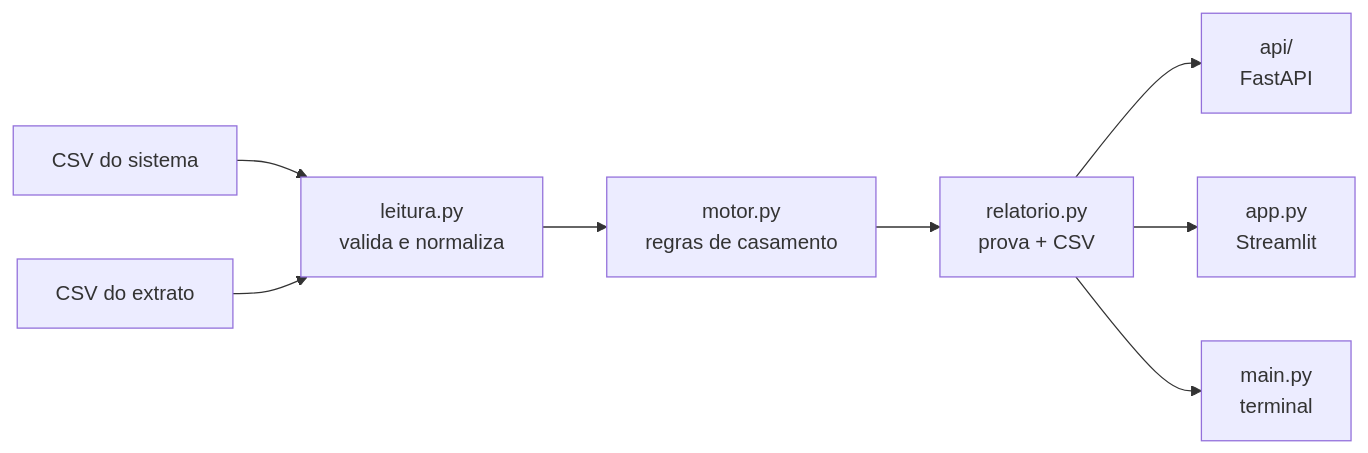
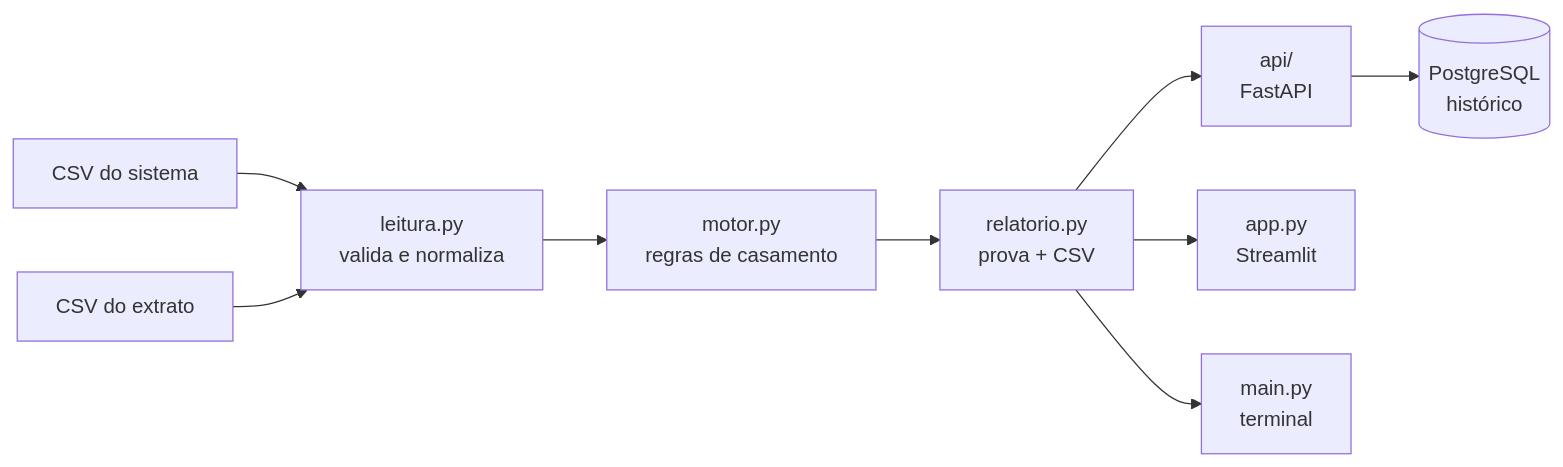
One commit to anavieira1/conciliacao_turismo changed the diagram in README.md. Above: the diagram before and after it, drawn with Mermaid. The commit also changed other lines of this file and 9 other files, not shown here.

First line of the commit message:
Adiciona histórico de conciliações com PostgreSQL

````diff
--- a/README.md
+++ b/README.md
@@ -47,10 +47,11 @@
 ```mermaid
 flowchart LR
     A[CSV do sistema] --> L[leitura.py<br/>valida e normaliza]
     B[CSV do extrato] --> L
     L --> M[motor.py<br/>regras de casamento]
     M --> R[relatorio.py<br/>prova + CSV]
     R --> P[api/<br/>FastAPI]
     R --> W[app.py<br/>Streamlit]
     R --> T[main.py<br/>terminal]
+    P --> D[(PostgreSQL<br/>histórico)]
 ```
````
